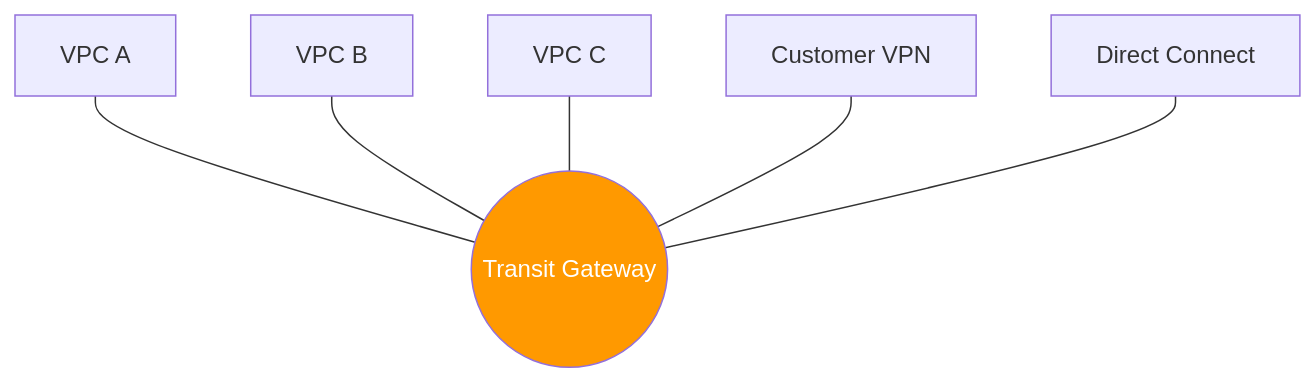
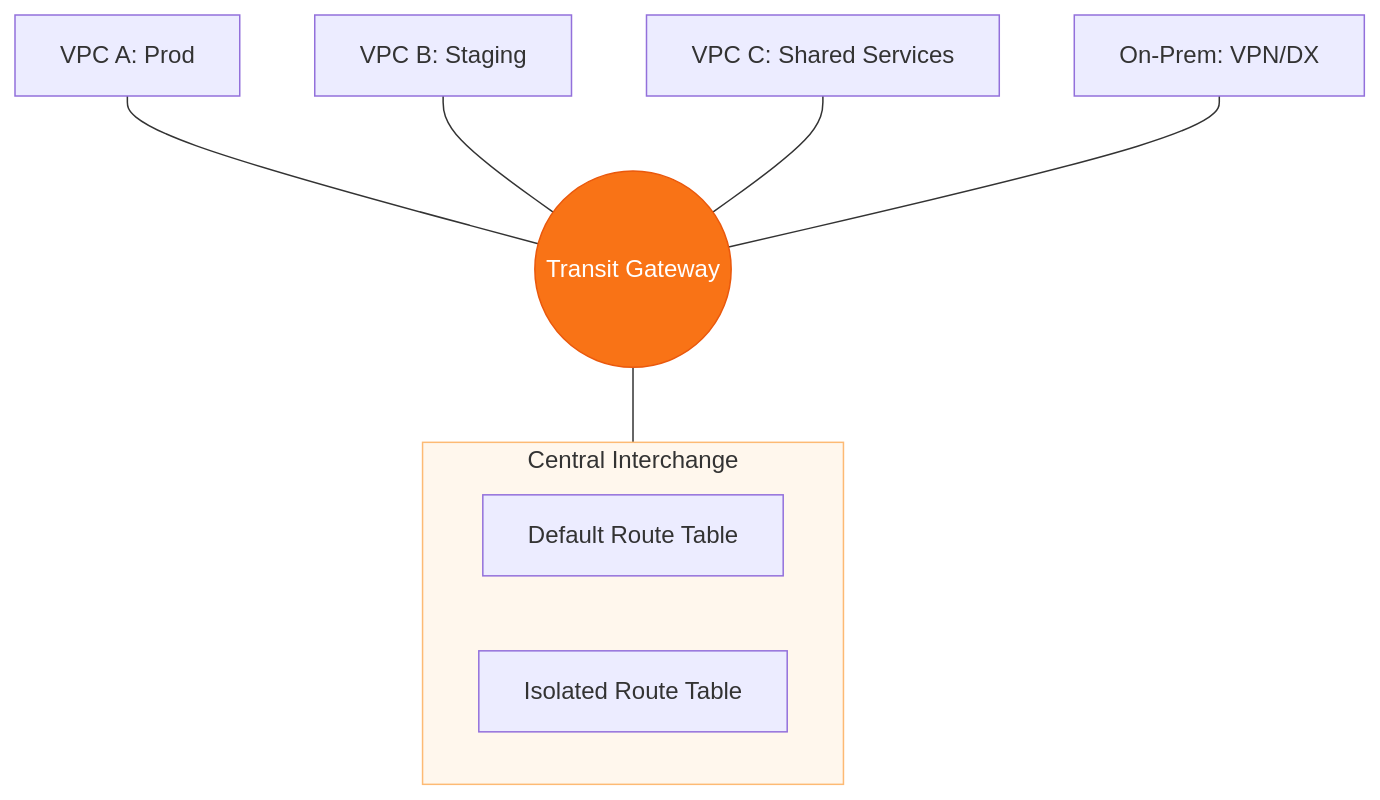
One commit to Ganil151/Devops changed the diagram in 2-Intermediate/01-Phase-1/01-Networking/06-VPC-Peering-and-Transit-Gateway/03-Transit-Gateway-Architecture/README.md. Above: the diagram before and after it, drawn with Mermaid. The commit also changed other lines of this file and 51 other files, not shown here.

````diff
--- a/2-Intermediate/01-Phase-1/01-Networking/06-VPC-Peering-and-Transit-Gateway/03-Transit-Gateway-Architecture/README.md
+++ b/2-Intermediate/01-Phase-1/01-Networking/06-VPC-Peering-and-Transit-Gateway/03-Transit-Gateway-Architecture/README.md
@@ -10,11 +5,20 @@
 ```mermaid
 graph TD
     TGW((Transit Gateway))
-    VPC_A[VPC A] --- TGW
-    VPC_B[VPC B] --- TGW
-    VPC_C[VPC C] --- TGW
-    VPN[Customer VPN] --- TGW
-    DX[Direct Connect] --- TGW
+    
+    subgraph Hub_Network[Central Interchange]
+        RT_Default[Default Route Table]
+        RT_Isolated[Isolated Route Table]
+    end
+    
+    VPC_A[VPC A: Prod] --- TGW
+    VPC_B[VPC B: Staging] --- TGW
+    VPC_C[VPC C: Shared Services] --- TGW
+    
+    OnPrem[On-Prem: VPN/DX] --- TGW
+    
+    TGW --- Hub_Network
 
-style TGW fill:#ff9900,color:#fff
+    style TGW fill:#f97316,stroke:#ea580c,color:#fff
+    style Hub_Network fill:#fff7ed,stroke:#fdba74
 ```
````
